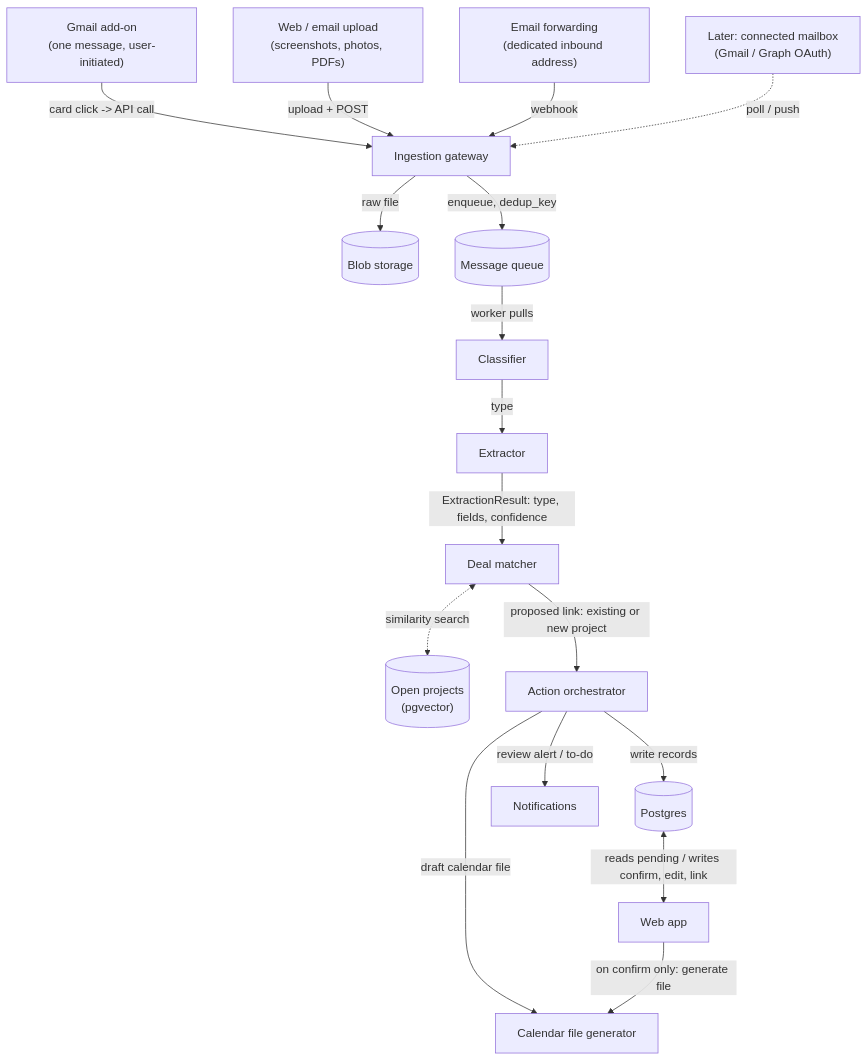
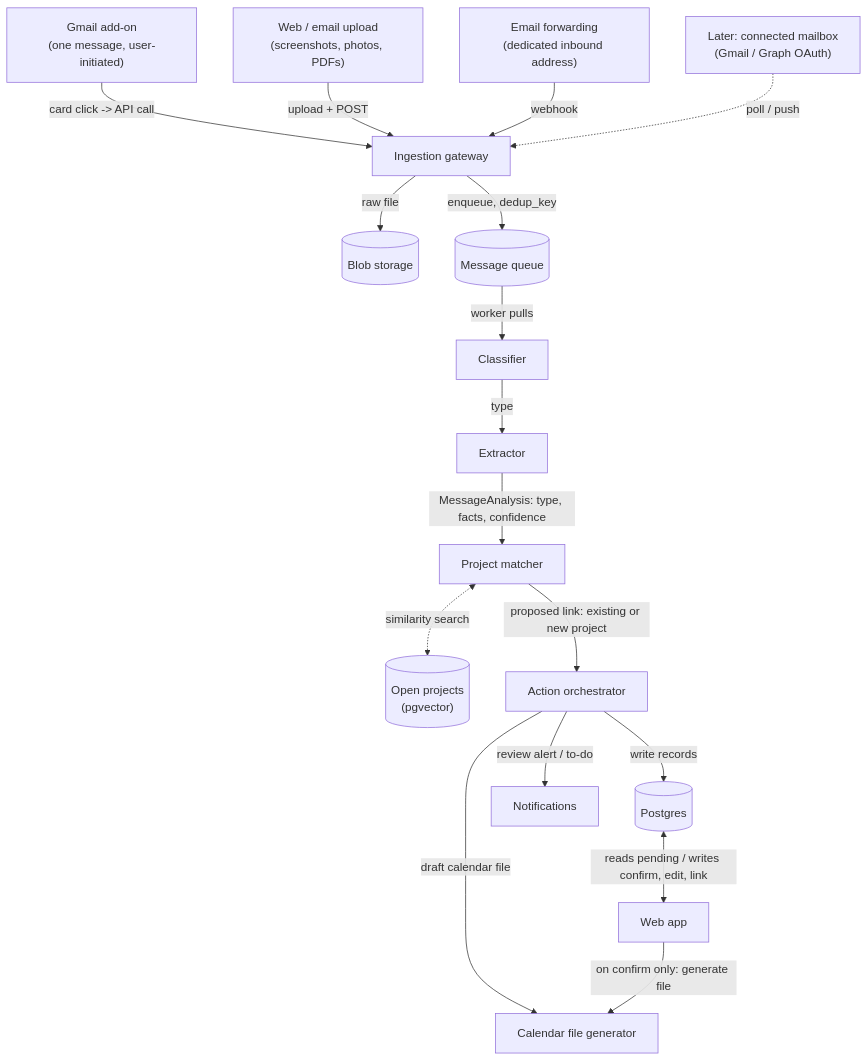
The first of 3 diagrams in docs/architecture.md (janiceyujie/talent_biz_os), drawn with Mermaid before and after one commit. The commit also changed other lines of this file and 1 other file, not shown here.

First line of the commit message:
Decide M1 stack and full entity schema

````diff
--- a/docs/architecture.md
+++ b/docs/architecture.md
@@ -180,23 +195,23 @@
 ```mermaid
 flowchart TD
     GA["Gmail add-on<br/>(one message, user-initiated)"] -->|card click -> API call| GW[Ingestion gateway]
     WU["Web / email upload<br/>(screenshots, photos, PDFs)"] -->|upload + POST| GW
     FWD["Email forwarding<br/>(dedicated inbound address)"] -->|webhook| GW
     CM["Later: connected mailbox<br/>(Gmail / Graph OAuth)"] -.->|poll / push| GW
 
     GW -->|raw file| BLOB[(Blob storage)]
     GW -->|enqueue, dedup_key| Q[(Message queue)]
 
     Q -->|worker pulls| CL[Classifier]
     CL -->|type| EX[Extractor]
-    EX -->|ExtractionResult: type, fields, confidence| DM[Deal matcher]
+    EX -->|MessageAnalysis: type, facts, confidence| DM[Project matcher]
     DM <-.->|similarity search| OP[("Open projects<br/>(pgvector)")]
 
     DM -->|proposed link: existing or new project| OR[Action orchestrator]
     OR -->|write records| PG[(Postgres)]
     OR -->|draft calendar file| CAL[Calendar file generator]
     OR -->|review alert / to-do| NOT[Notifications]
 
     PG <-->|reads pending / writes confirm, edit, link| WEB[Web app]
     WEB -->|on confirm only: generate file| CAL
 ```
````
